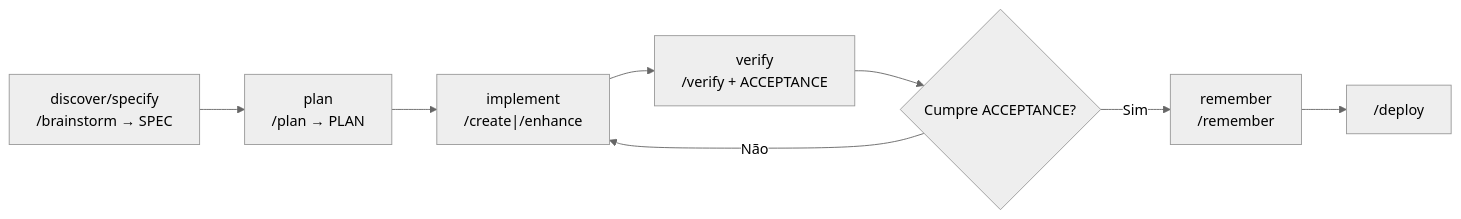
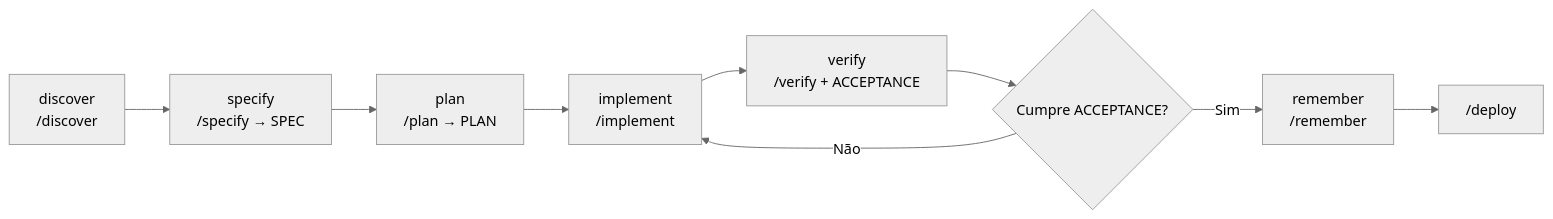
The first of 2 diagrams in README.md (zanetta/axion), drawn with Mermaid (neutral theme) before and after one commit. The commit also changed other lines of this file and 34 other files, not shown here.

````diff
--- a/README.md
+++ b/README.md
@@ -212,10 +218,11 @@
 ```mermaid
 flowchart LR
-  A["discover/specify\n/brainstorm → SPEC"] --> C["plan\n/plan → PLAN"]
-  C --> D["implement\n/create|/enhance"]
+  A["discover\n/discover"] --> B["specify\n/specify → SPEC"]
+  B --> C["plan\n/plan → PLAN"]
+  C --> D["implement\n/implement"]
   D --> E["verify\n/verify + ACCEPTANCE"]
   E --> F{Cumpre ACCEPTANCE?}
   F -->|Não| D
   F -->|Sim| G["remember\n/remember"]
   G --> H["/deploy"]
 ```
````
